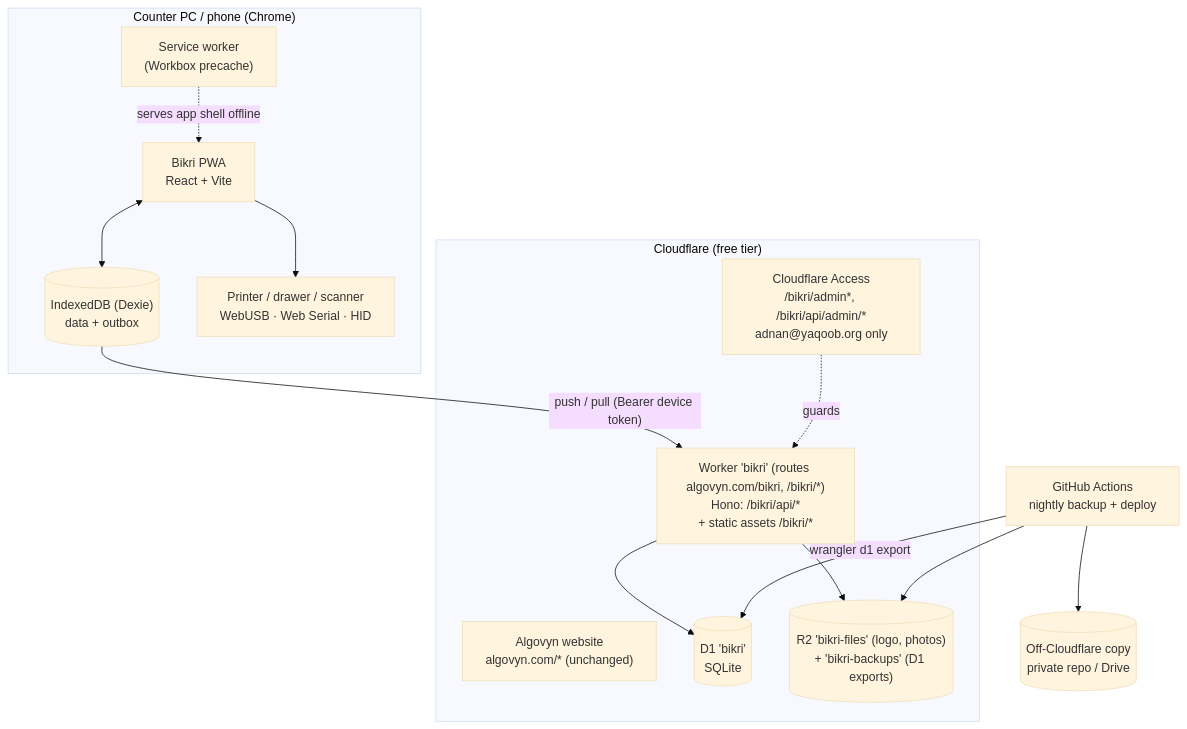
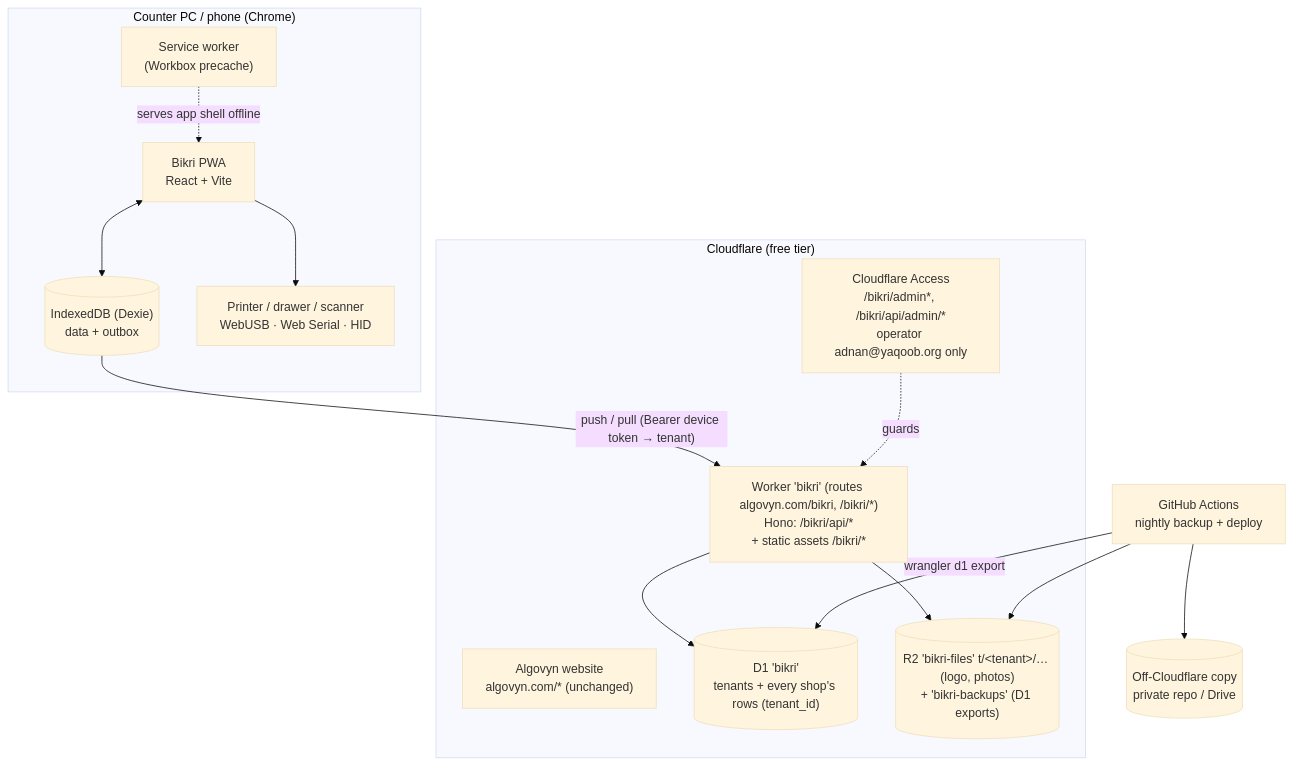
Before and after one commit to AlgoVyn/bikri: the diagram in docs/01-architecture.md, drawn with Mermaid (base theme). The commit also changed other lines of this file and 21 other files, not shown here.

First line of the commit message:
docs: design multi-tenant Bikri (D-064–D-074)

````diff
--- a/docs/01-architecture.md
+++ b/docs/01-architecture.md
@@ -53,31 +56,31 @@
 ```mermaid
 flowchart TB
   subgraph Counter["Counter PC / phone (Chrome)"]
     UI["Bikri PWA<br/>React + Vite"]
     SW["Service worker<br/>(Workbox precache)"]
     IDB[("IndexedDB (Dexie)<br/>data + outbox")]
     HW["Printer / drawer / scanner<br/>WebUSB · Web Serial · HID"]
     UI <--> IDB
     UI --> HW
     SW -. serves app shell offline .-> UI
   end
 
   subgraph CF["Cloudflare (free tier)"]
     SITE["Algovyn website<br/>algovyn.com/* (unchanged)"]
     W["Worker 'bikri' (routes algovyn.com/bikri, /bikri/*)<br/>Hono: /bikri/api/*<br/>+ static assets /bikri/*"]
-    ACC["Cloudflare Access<br/>/bikri/admin*, /bikri/api/admin/*<br/>adnan@yaqoob.org only"]
-    D1[("D1 'bikri'<br/>SQLite")]
-    R2[("R2 'bikri-files' (logo, photos)<br/>+ 'bikri-backups' (D1 exports)")]
+    ACC["Cloudflare Access<br/>/bikri/admin*, /bikri/api/admin/*<br/>operator adnan@yaqoob.org only"]
+    D1[("D1 'bikri'<br/>tenants + every shop's rows (tenant_id)")]
+    R2[("R2 'bikri-files' t/&lt;tenant&gt;/… (logo, photos)<br/>+ 'bikri-backups' (D1 exports)")]
   end
 
   GH["GitHub Actions<br/>nightly backup + deploy"]
   OFF[("Off-Cloudflare copy<br/>private repo / Drive")]
 
-  IDB -- "push / pull (Bearer device token)" --> W
+  IDB -- "push / pull (Bearer device token → tenant)" --> W
   ACC -. guards .-> W
   W --> D1
   W --> R2
   GH -- "wrangler d1 export" --> D1
   GH --> R2
   GH --> OFF
 ```
````
